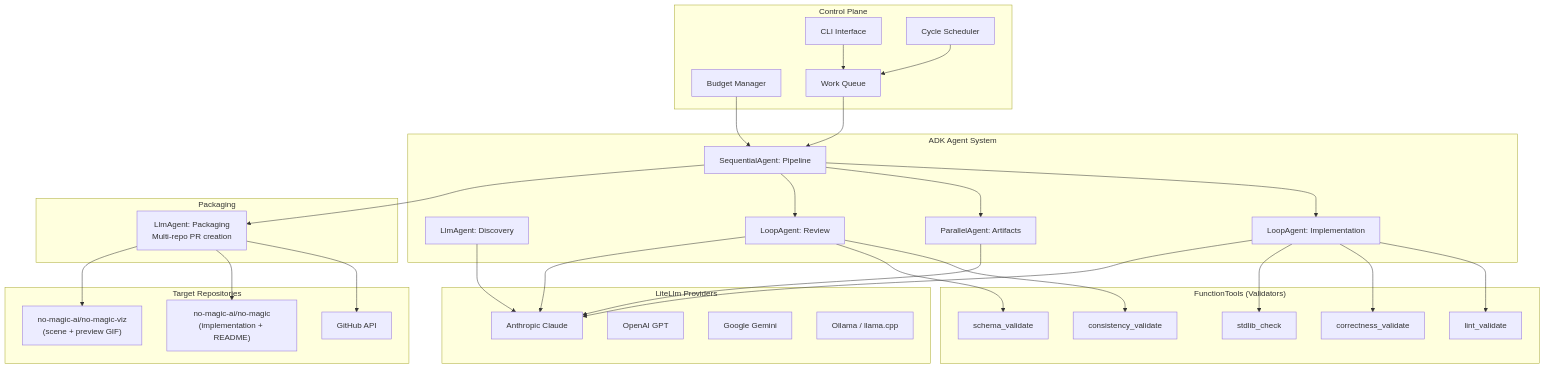
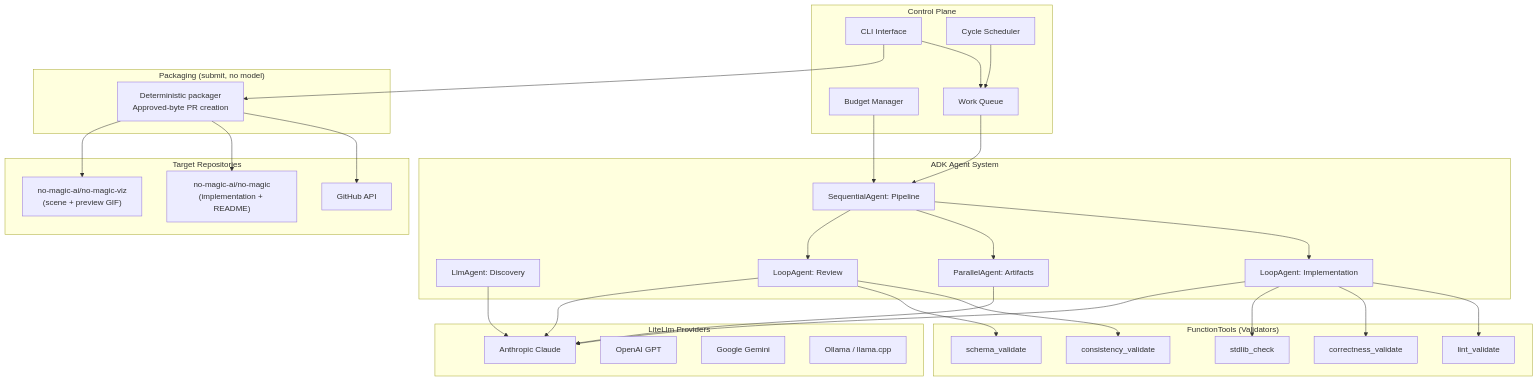
One commit to no-magic-ai/apprentice changed the second of 7 diagrams in docs/system-design.md. Above: the diagram before and after it, drawn with Mermaid. The commit also changed other lines of this file and 3 other files, not shown here.

First line of the commit message:
docs(submit): document deterministic approved-byte submission

````diff
--- a/docs/system-design.md
+++ b/docs/system-design.md
@@ -183,67 +182,67 @@
 ```mermaid
 graph TB
     subgraph Control Plane
         CLI[CLI Interface]
         Scheduler[Cycle Scheduler]
         Budget[Budget Manager]
         Queue[Work Queue]
     end
 
     subgraph "ADK Agent System"
         Pipeline["SequentialAgent: Pipeline"]
         DiscAgent["LlmAgent: Discovery"]
         ImplLoop["LoopAgent: Implementation"]
         ParAgent["ParallelAgent: Artifacts"]
         RevLoop["LoopAgent: Review"]
     end
 
     subgraph "FunctionTools (Validators)"
         LintVal[lint_validate]
         CorrectVal[correctness_validate]
         ConsistVal[consistency_validate]
         SchemaVal[schema_validate]
         StdlibVal[stdlib_check]
     end
 
     subgraph "LiteLlm Providers"
         Claude[Anthropic Claude]
         GPT[OpenAI GPT]
         Gemini[Google Gemini]
         Local[Ollama / llama.cpp]
     end
 
-    subgraph "Packaging"
-        PkgAgent["LlmAgent: Packaging<br/>Multi-repo PR creation"]
+    subgraph "Packaging (submit, no model)"
+        Packager["Deterministic packager<br/>Approved-byte PR creation"]
     end
 
     subgraph "Target Repositories"
         NoMagic["no-magic-ai/no-magic<br/>(implementation + README)"]
         NoMagicViz["no-magic-ai/no-magic-viz<br/>(scene + preview GIF)"]
         GitHub[GitHub API]
     end
 
     CLI --> Queue
     Scheduler --> Queue
     Budget --> Pipeline
 
     Queue --> Pipeline
     Pipeline --> ImplLoop
     Pipeline --> ParAgent
     Pipeline --> RevLoop
-    Pipeline --> PkgAgent
+    CLI --> Packager
 
     ImplLoop --> LintVal
     ImplLoop --> CorrectVal
     ImplLoop --> StdlibVal
     RevLoop --> ConsistVal
     RevLoop --> SchemaVal
 
     ImplLoop --> Claude
     ParAgent --> Claude
     RevLoop --> Claude
     DiscAgent --> Claude
 
-    PkgAgent --> GitHub
-    PkgAgent --> NoMagic
-    PkgAgent --> NoMagicViz
+    Packager --> GitHub
+    Packager --> NoMagic
+    Packager --> NoMagicViz
 ```
````
